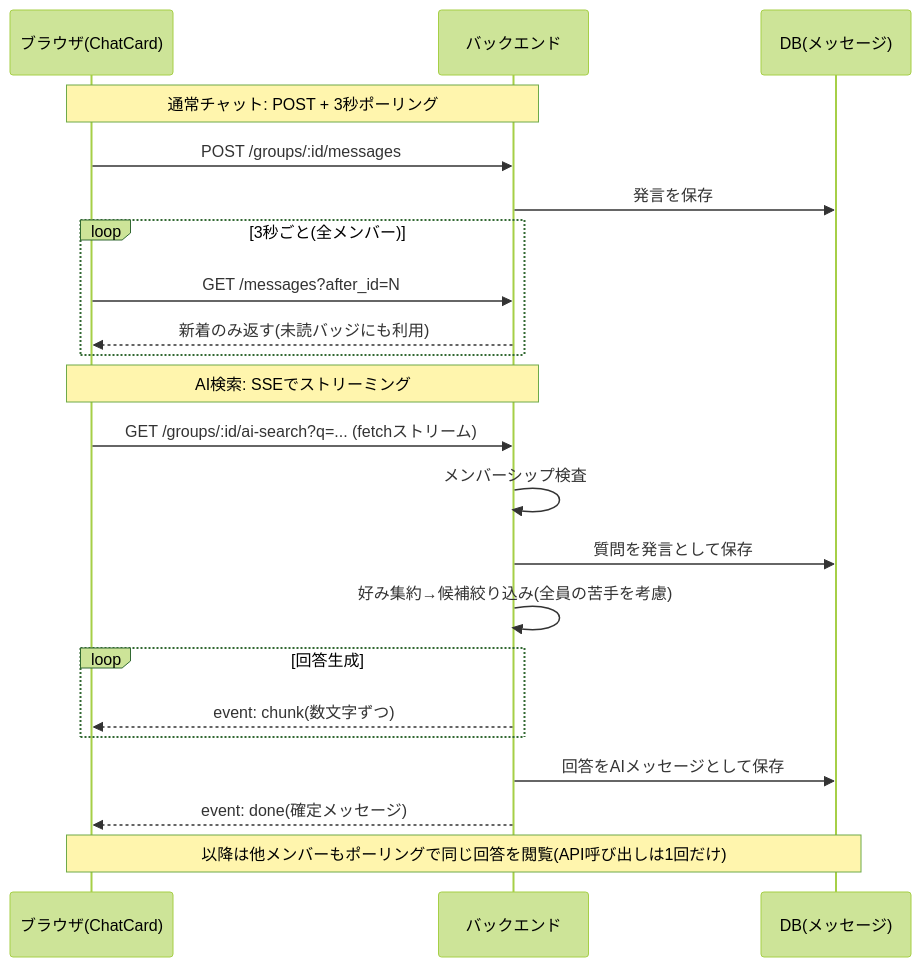
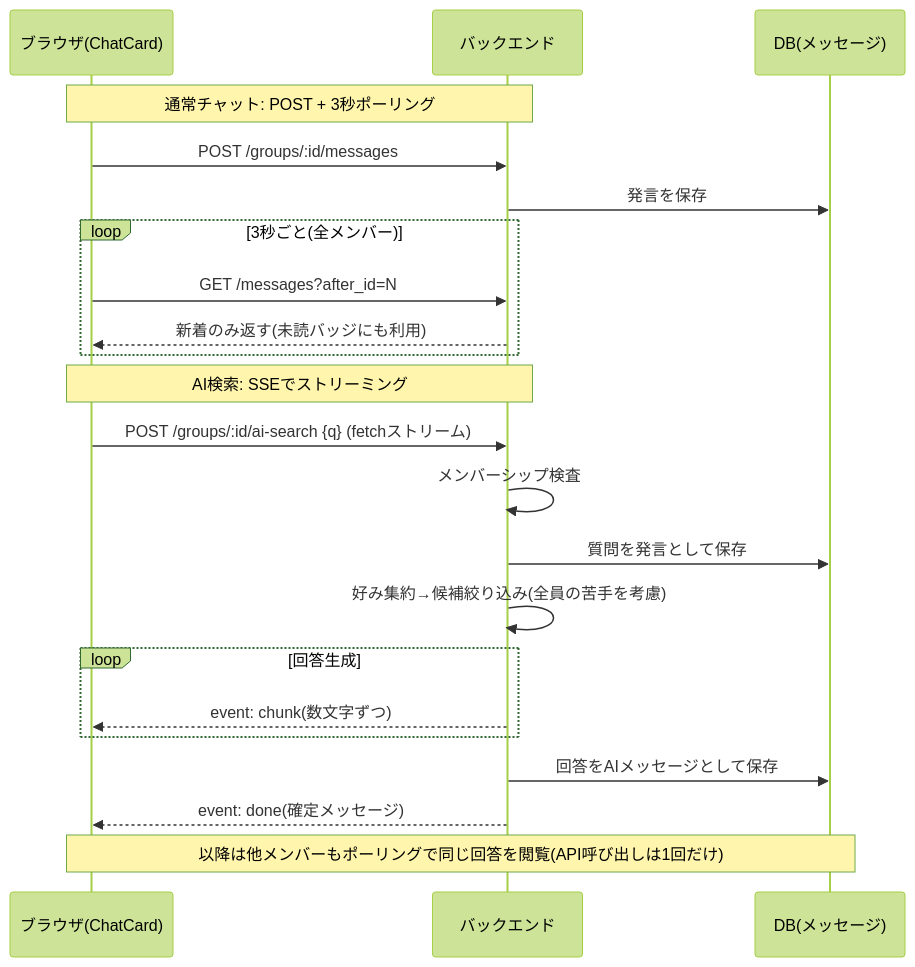
Before and after one commit to Reeeid/FoodLike: the fourth of 4 diagrams in docs/architecture.md, drawn with Mermaid (forest theme). The commit also changed 12 other files, not shown here.

````diff
--- a/docs/architecture.md
+++ b/docs/architecture.md
@@ -116,26 +116,26 @@
 ```mermaid
 sequenceDiagram
     participant U as ブラウザ(ChatCard)
     participant B as バックエンド
     participant D as DB(メッセージ)
 
     Note over U,B: 通常チャット: POST + 3秒ポーリング
     U->>B: POST /groups/:id/messages
     B->>D: 発言を保存
     loop 3秒ごと(全メンバー)
         U->>B: GET /messages?after_id=N
         B-->>U: 新着のみ返す(未読バッジにも利用)
     end
 
     Note over U,B: AI検索: SSEでストリーミング
-    U->>B: GET /groups/:id/ai-search?q=... (fetchストリーム)
+    U->>B: POST /groups/:id/ai-search {q} (fetchストリーム)
     B->>B: メンバーシップ検査
     B->>D: 質問を発言として保存
     B->>B: 好み集約→候補絞り込み(全員の苦手を考慮)
     loop 回答生成
         B-->>U: event: chunk(数文字ずつ)
     end
     B->>D: 回答をAIメッセージとして保存
     B-->>U: event: done(確定メッセージ)
     Note over U,D: 以降は他メンバーもポーリングで同じ回答を閲覧(API呼び出しは1回だけ)
 ```
````
